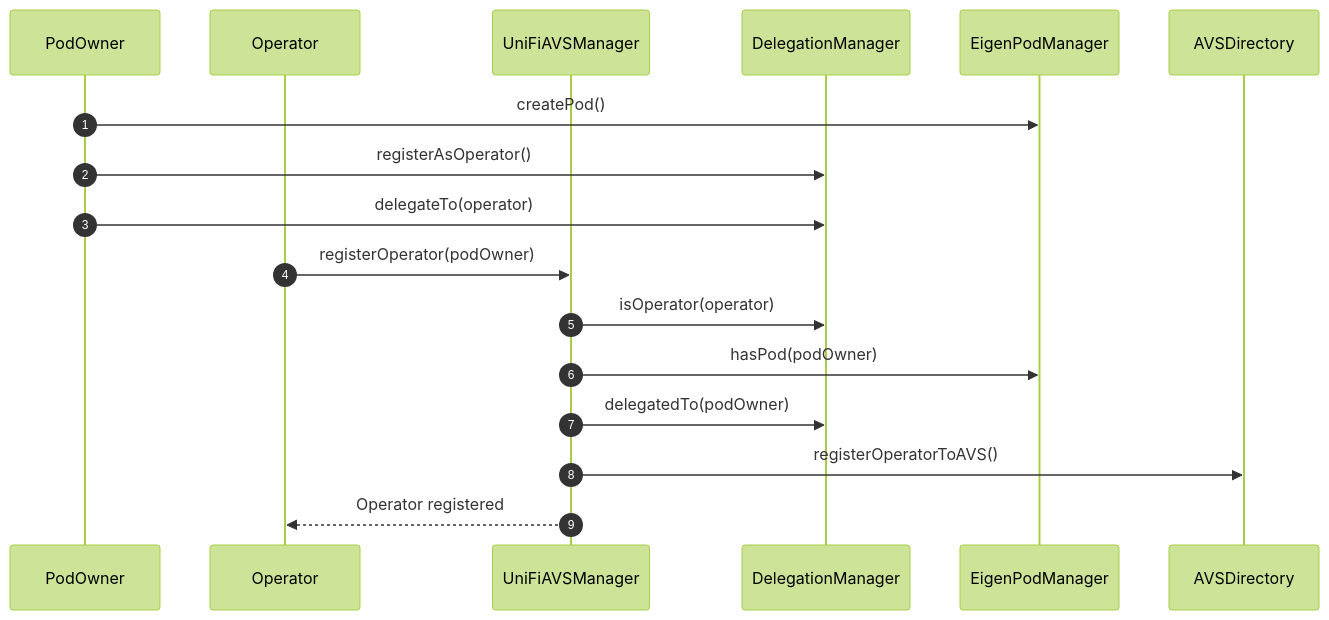
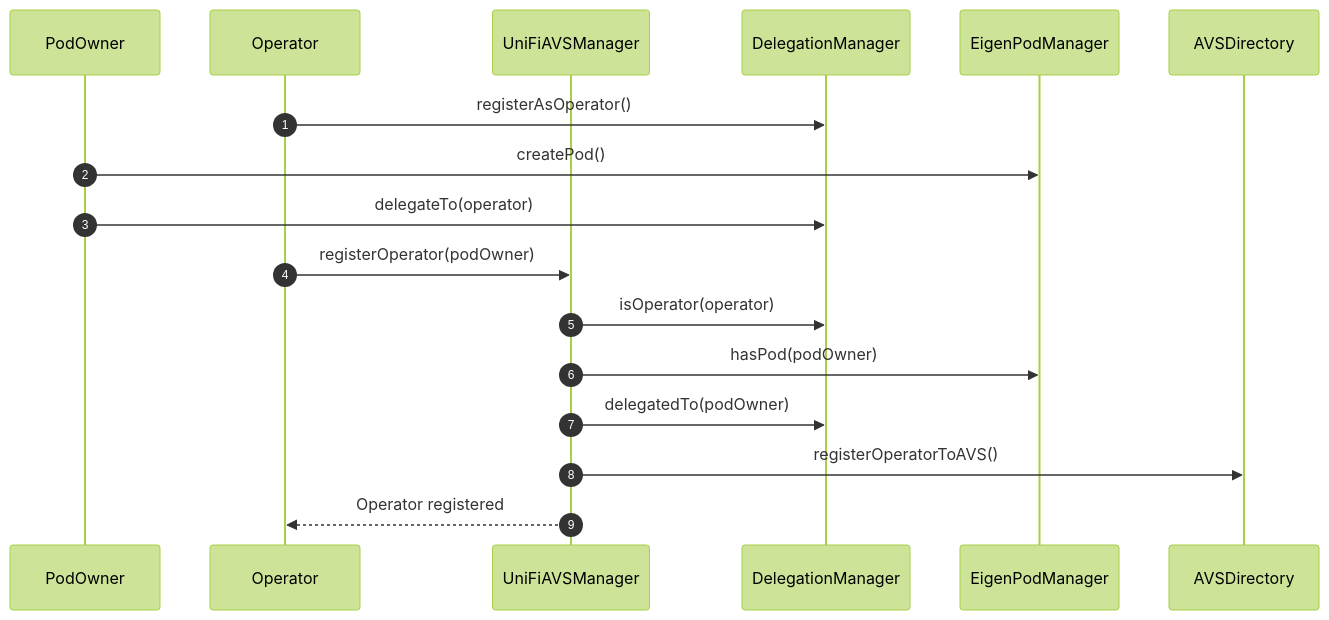
Before and after one commit to PufferFinance/UniFi: the diagram in l1-contracts/docs/registration.md, drawn with Mermaid (forest theme). The commit also changed other lines of this file, not shown here.

````diff
--- a/l1-contracts/docs/registration.md
+++ b/l1-contracts/docs/registration.md
@@ -5,20 +5,20 @@
 ```mermaid
 sequenceDiagram
     autonumber
     participant PodOwner
     participant Operator
     participant UniFiAVSManager
     participant DelegationManager
     participant EigenPodManager
     participant AVSDirectory
 
+    Operator->>DelegationManager: registerAsOperator()
     PodOwner->>EigenPodManager: createPod()
-    PodOwner->>DelegationManager: registerAsOperator()
     PodOwner->>DelegationManager: delegateTo(operator)
     Operator->>UniFiAVSManager: registerOperator(podOwner)
     UniFiAVSManager->>DelegationManager: isOperator(operator)
     UniFiAVSManager->>EigenPodManager: hasPod(podOwner)
     UniFiAVSManager->>DelegationManager: delegatedTo(podOwner)
     UniFiAVSManager->>AVSDirectory: registerOperatorToAVS()
     UniFiAVSManager-->>Operator: Operator registered
 ```
````
